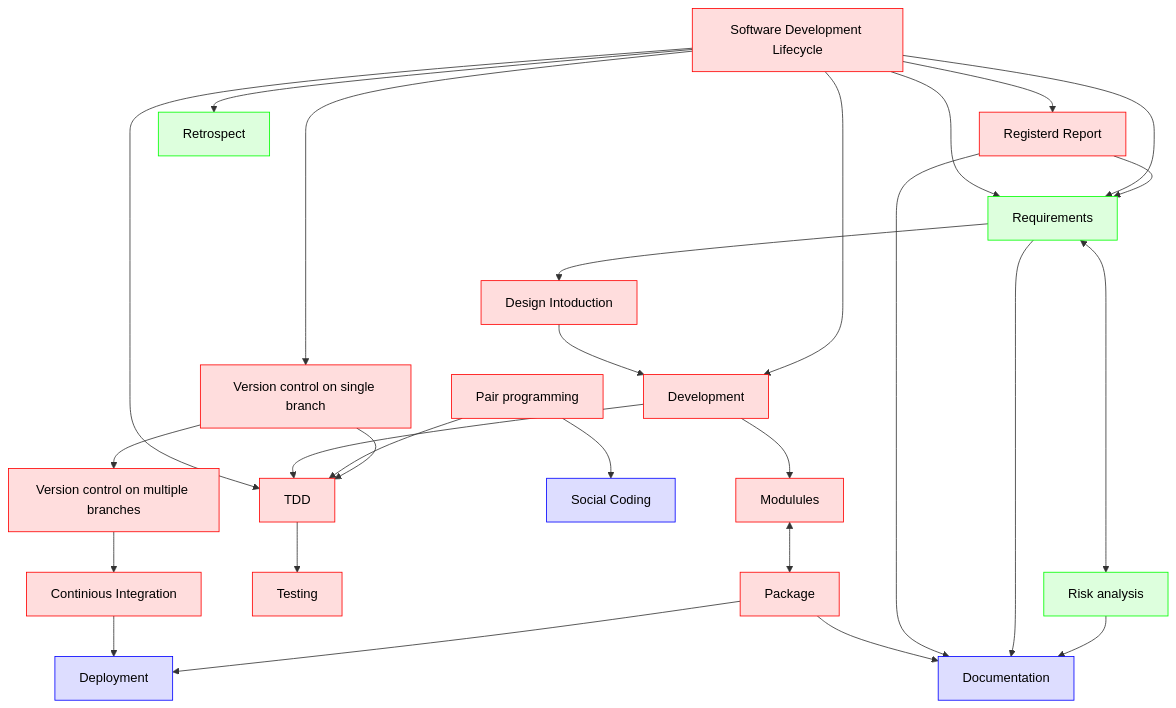
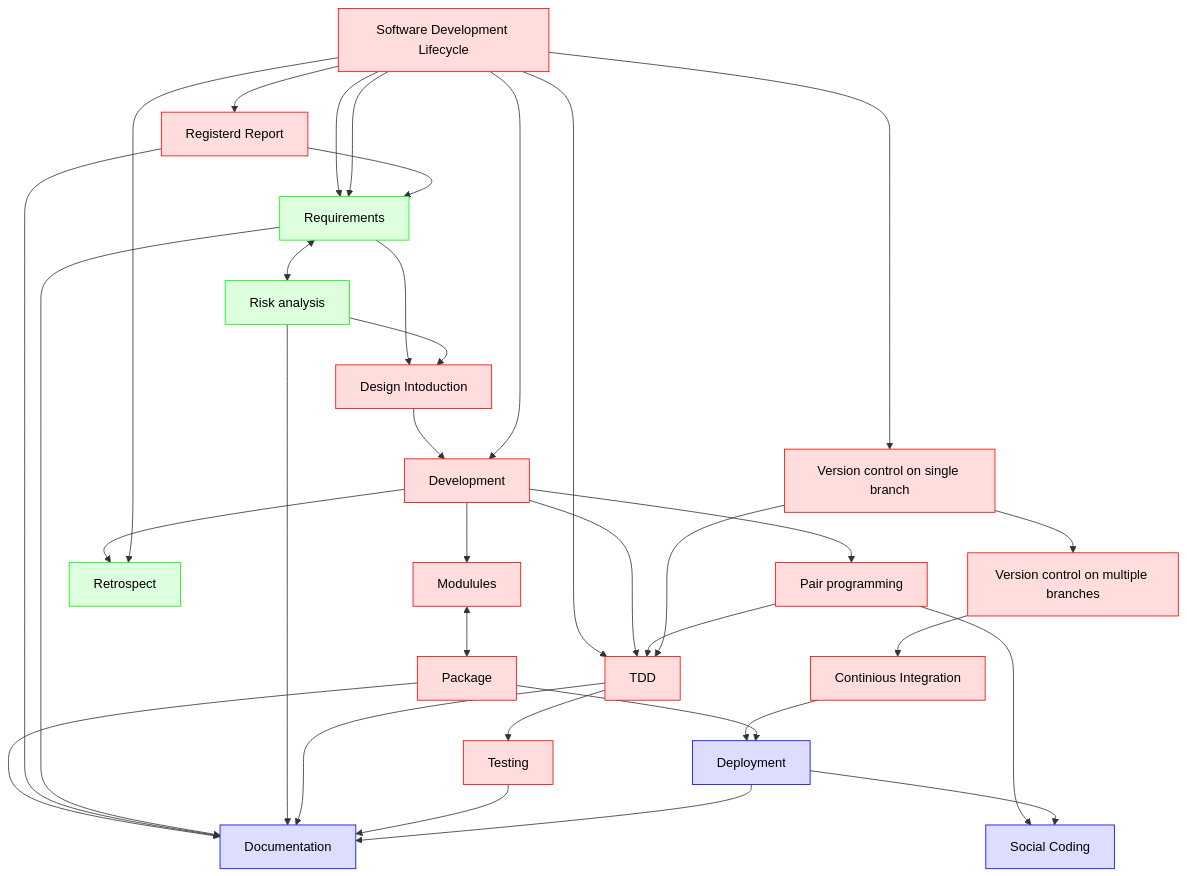
The diagram in docs/misc/wrap_up.md (UPPMAX/programming_formalisms), drawn with Mermaid before and after one commit.

Commit message:
Finished wrap_up mermaid

````diff
--- a/docs/misc/wrap_up.md
+++ b/docs/misc/wrap_up.md
@@ -36,53 +36,59 @@
 ```mermaid
 flowchart TD
 
   classDef bjorn_node fill:#ddf,color:#000,stroke:#00f
   classDef lars_node fill:#dfd,color:#000,stroke:#0f0
   classDef richel_node fill:#fdd,color:#000,stroke:#f00
 
     requirements[Requirements]:::lars_node
     risk_analysis[Risk analysis]:::lars_node
     reg_rep[Registerd Report]:::richel_node
     SDLC[Software Development Lifecycle]:::richel_node
     version_control_1[Version control on single branch]:::richel_node
     version_control_many[Version control on multiple branches]:::richel_node
     pair_programming[Pair programming]:::richel_node
     tdd[TDD]:::richel_node
-    Retrospect[Retrospect]:::lars_node
+    retrospect[Retrospect]:::lars_node
     design[Design Intoduction]:::richel_node
     testing[Testing]:::richel_node
     social_coding[Social Coding]:::bjorn_node
     development[Development]:::richel_node
     modules[Modulules]:::richel_node
     package[Package]:::richel_node
     deployment[Deployment]:::bjorn_node
     documentation[Documentation]:::bjorn_node
     contious_itegration[Continious Integration]:::richel_node
-
+    development --> retrospect
     SDLC --> reg_rep
     SDLC --> requirements
     requirements --> design
     design --> development
-    SDLC --> Retrospect
+    SDLC --> retrospect
     SDLC --> development
     SDLC --> requirements
     SDLC --> tdd
     SDLC --> version_control_1
     version_control_1 --> version_control_many
     reg_rep --> requirements
     requirements <--> risk_analysis
     development --> modules
     development --> tdd
     pair_programming --> tdd
     pair_programming --> social_coding
     version_control_many --> contious_itegration
     contious_itegration --> deployment
     version_control_1 --> tdd
     tdd --> testing
     modules <-->  package 
     package --> deployment
     package --> documentation
     reg_rep --> documentation
     requirements --> documentation
     risk_analysis --> documentation
+    risk_analysis --> design
+    tdd--> documentation
+    testing --> documentation
+    deployment --> documentation
+    deployment --> social_coding
+    development --> pair_programming
 ```
````
